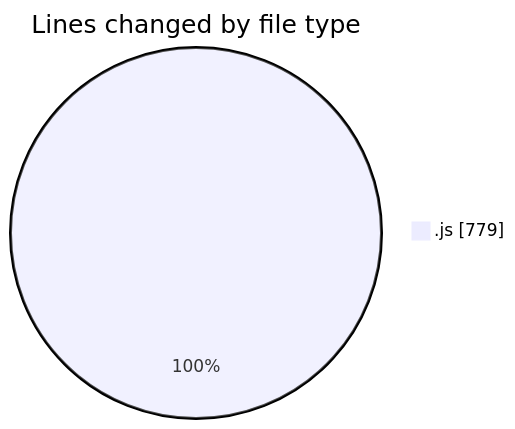
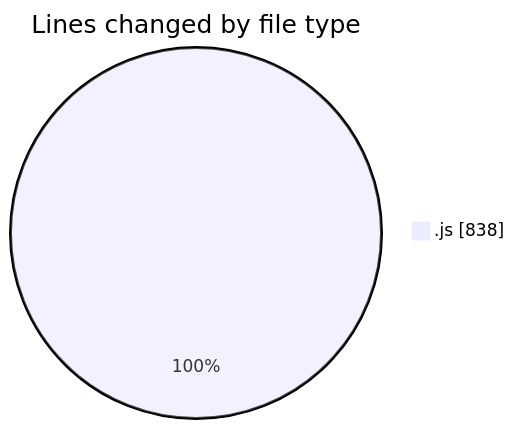
One commit to nxtqubesakshisongat/code-tracking changed the first of 2 diagrams in 2025-09-08/cashcalculator/README.md. Above: the diagram before and after it, drawn with Mermaid. The commit also changed other lines of this file and 1 other file, not shown here.

````diff
--- a/2025-09-08/cashcalculator/README.md
+++ b/2025-09-08/cashcalculator/README.md
@@ -20,5 +20,5 @@
 ```mermaid
 pie showData
 title Lines changed by file type
-".js" : 779
+".js" : 838
 ```
````
